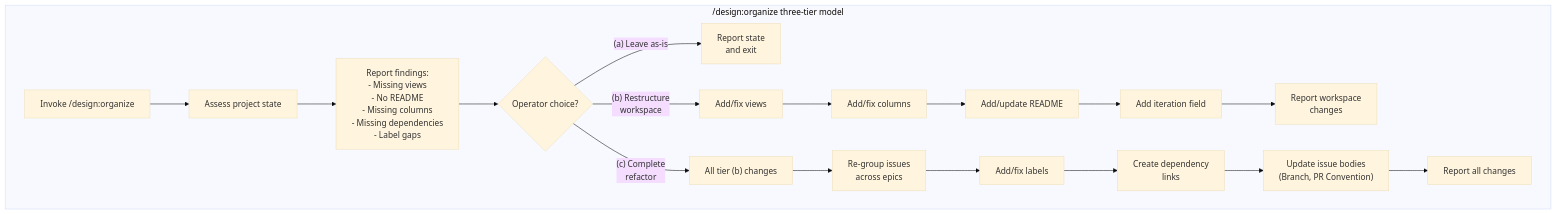
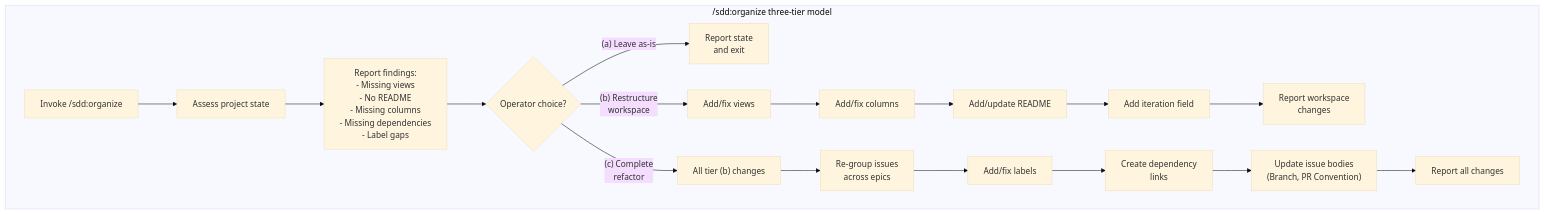
The second of 4 diagrams in docs/openspec/specs/project-workspace-enrichment/design.md (joestump/claude-plugin-design), drawn with Mermaid (base theme) before and after one commit. The commit also changed other lines of this file and 106 other files, not shown here.

First line of the commit message:
Rename plugin: design → sdd (Spec-Driven Development) (#75)

````diff
--- a/docs/openspec/specs/project-workspace-enrichment/design.md
+++ b/docs/openspec/specs/project-workspace-enrichment/design.md
@@ -120,23 +120,23 @@
 ```mermaid
 flowchart TD
-    subgraph "/design:organize three-tier model"
-        A["Invoke /design:organize"] --> B["Assess project state"]
+    subgraph "/sdd:organize three-tier model"
+        A["Invoke /sdd:organize"] --> B["Assess project state"]
         B --> C["Report findings:\n- Missing views\n- No README\n- Missing columns\n- Missing dependencies\n- Label gaps"]
         C --> D{"Operator choice?"}
 
         D -->|"(a) Leave as-is"| E["Report state\nand exit"]
 
         D -->|"(b) Restructure\nworkspace"| F["Add/fix views"]
         F --> F2["Add/fix columns"]
         F2 --> F3["Add/update README"]
         F3 --> F4["Add iteration field"]
         F4 --> F5["Report workspace\nchanges"]
 
         D -->|"(c) Complete\nrefactor"| G["All tier (b) changes"]
         G --> G2["Re-group issues\nacross epics"]
         G2 --> G3["Add/fix labels"]
         G3 --> G4["Create dependency\nlinks"]
         G4 --> G5["Update issue bodies\n(Branch, PR Convention)"]
         G5 --> G6["Report all changes"]
     end
 ```
````
